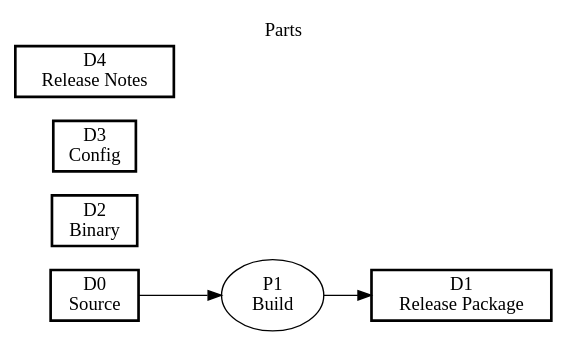
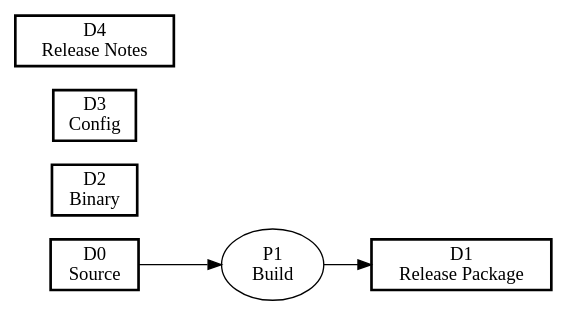
One commit to takasek/pfdsl changed the eighth of 9 diagrams in docs/samples/README.md. Above: the diagram before and after it, drawn with Graphviz. The commit also changed other lines of this file and 31 other files, not shown here.

````diff
--- a/docs/samples/README.md
+++ b/docs/samples/README.md
@@ -352,18 +314,16 @@
 ```dot
 digraph PFDSL {
   rankdir=LR;
   newrank=true;
-  label="Parts";
-  labelloc="t";
 
   "D0" [shape=box, label="D0\nSource", penwidth="2"];
   "D1" [shape=box, label="D1\nRelease Package", penwidth="2"];
   "D2" [shape=box, label="D2\nBinary", penwidth="2"];
   "D3" [shape=box, label="D3\nConfig", penwidth="2"];
   "D4" [shape=box, label="D4\nRelease Notes", penwidth="2"];
   "P1" [shape=ellipse, label="P1\nBuild"];
 
   "D0" -> "P1";
   "P1" -> "D1";
 }
 ```
````
